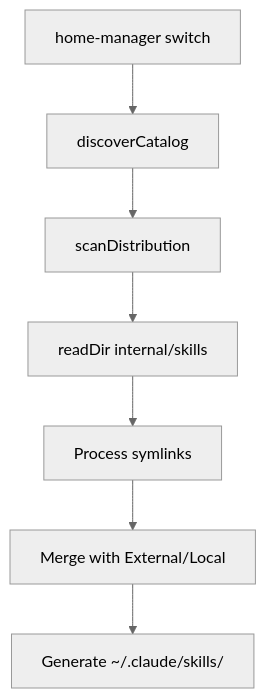
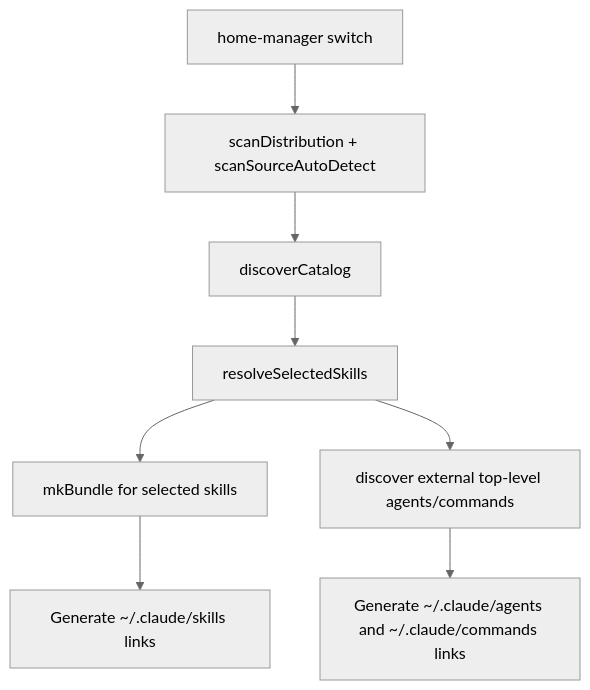
The diagram in agents/src/skills/distributions-manager/references/architecture.md (jey3dayo/dotfiles), drawn with Mermaid (neutral theme) before and after one commit. The commit also changed other lines of this file and 1 other file, not shown here.

Commit message:
docs: update distributions manager nix docs

````diff
--- a/agents/src/skills/distributions-manager/references/architecture.md
+++ b/agents/src/skills/distributions-manager/references/architecture.md
@@ -195,9 +213,10 @@
 ```mermaid
 graph TD
-    A[home-manager switch] --> B[discoverCatalog]
-    B --> C[scanDistribution]
-    C --> D[readDir internal/skills]
-    D --> E[Process symlinks]
-    E --> F[Merge with External/Local]
-    F --> G[Generate ~/.claude/skills/]
+    A[home-manager switch] --> B[scanDistribution + scanSourceAutoDetect]
+    B --> C[discoverCatalog]
+    C --> D[resolveSelectedSkills]
+    D --> E[mkBundle for selected skills]
+    D --> F[discover external top-level agents/commands]
+    E --> G[Generate ~/.claude/skills links]
+    F --> H[Generate ~/.claude/agents and ~/.claude/commands links]
 ```
````
